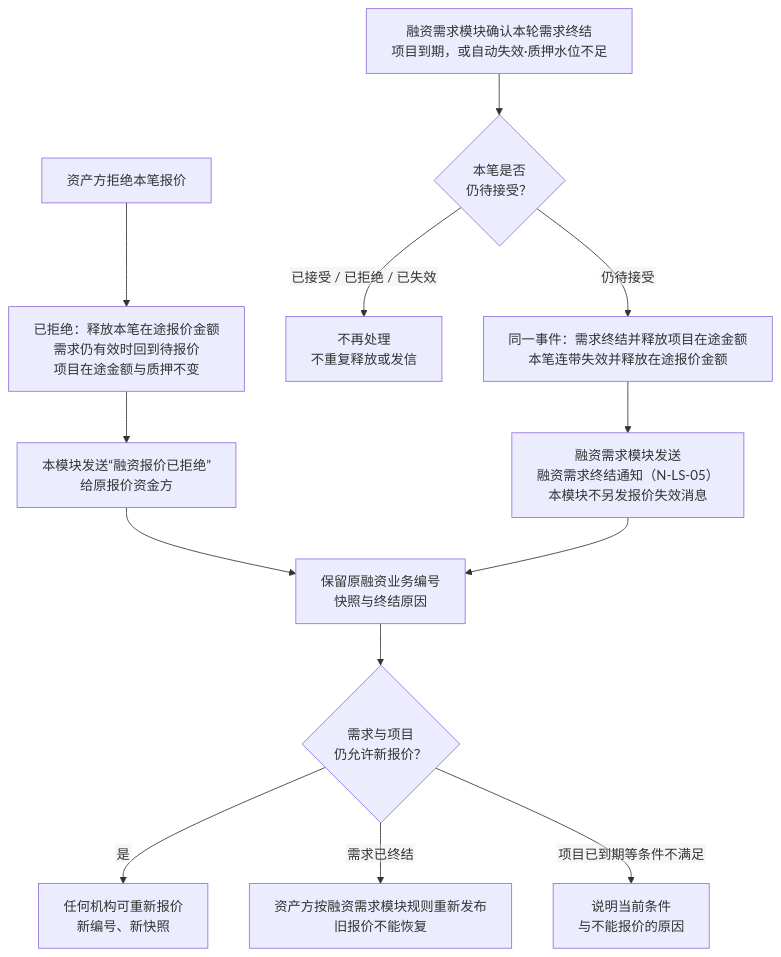
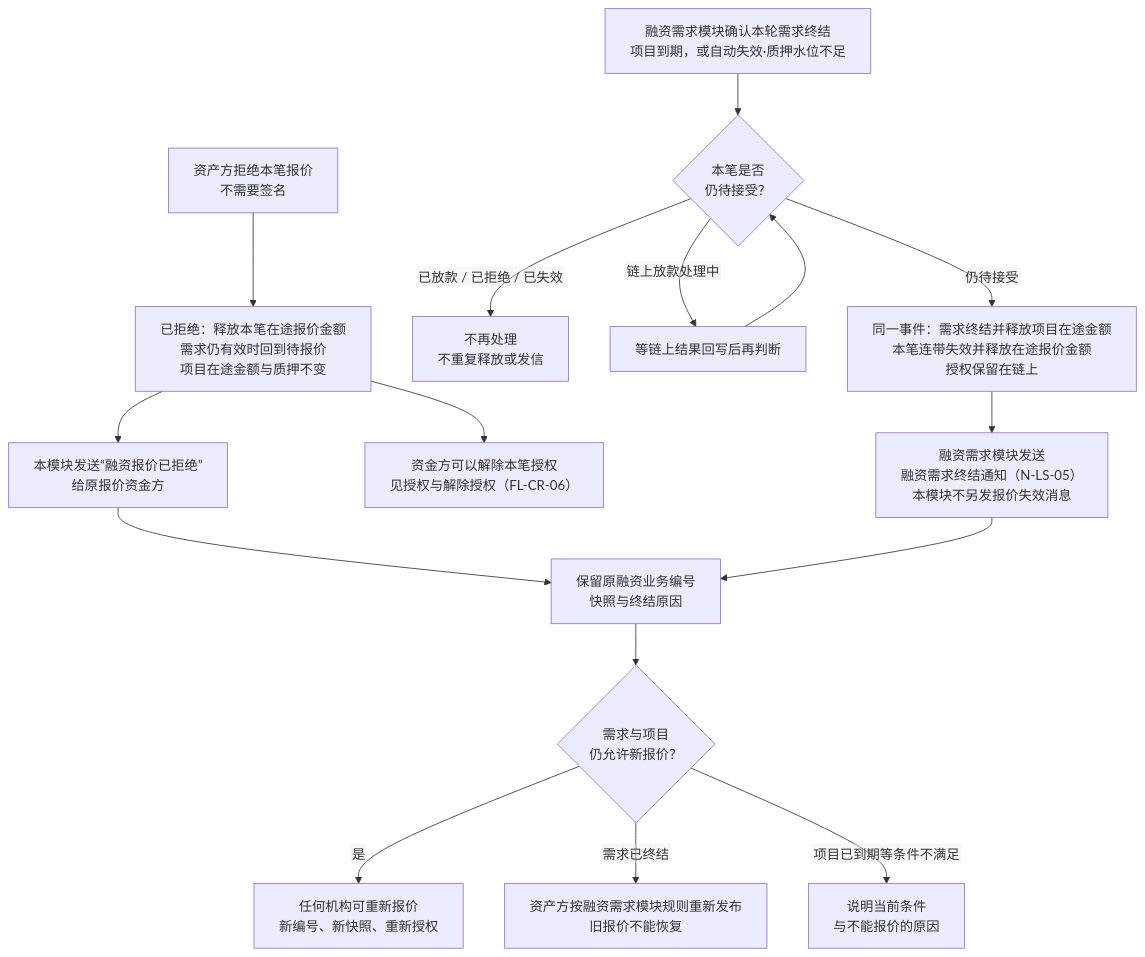
One commit to wxblockchain/Chain-Financing changed the third of 10 diagrams in lending-platform/PRD/面客端/06-借贷广场-授信报价与接受拒绝/02-授信报价与接受拒绝-流程图与状态机.md. Above: the diagram before and after it, drawn with Mermaid. The commit also changed other lines of this file and 5 other files, not shown here.

````diff
--- a/lending-platform/PRD/面客端/06-借贷广场-授信报价与接受拒绝/02-授信报价与接受拒绝-流程图与状态机.md
+++ b/lending-platform/PRD/面客端/06-借贷广场-授信报价与接受拒绝/02-授信报价与接受拒绝-流程图与状态机.md
@@ -76,16 +98,19 @@
 ```mermaid
 %%{init: {"flowchart": {"htmlLabels": false, "wrappingWidth": 400}}}%%
 flowchart TD
-  A["资产方拒绝本笔报价"] --> A1["已拒绝：释放本笔在途报价金额<br/>需求仍有效时回到待报价<br/>项目在途金额与质押不变"]
+  A["资产方拒绝本笔报价<br/>不需要签名"] --> A1["已拒绝：释放本笔在途报价金额<br/>需求仍有效时回到待报价<br/>项目在途金额与质押不变"]
   A1 --> A2["本模块发送“融资报价已拒绝”<br/>给原报价资金方"]
+  A1 --> A3["资金方可以解除本笔授权<br/>见授权与解除授权（FL-CR-06）"]
   B["融资需求模块确认本轮需求终结<br/>项目到期，或自动失效·质押水位不足"] --> C{"本笔是否<br/>仍待接受？"}
-  C -->|"已接受 / 已拒绝 / 已失效"| N["不再处理<br/>不重复释放或发信"]
-  C -->|"仍待接受"| F["同一事件：需求终结并释放项目在途金额<br/>本笔连带失效并释放在途报价金额"]
+  C -->|"已放款 / 已拒绝 / 已失效"| N["不再处理<br/>不重复释放或发信"]
+  C -->|"链上放款处理中"| C1["等链上结果回写后再判断"]
+  C1 --> C
+  C -->|"仍待接受"| F["同一事件：需求终结并释放项目在途金额<br/>本笔连带失效并释放在途报价金额<br/>授权保留在链上"]
   F --> F1["融资需求模块发送<br/>融资需求终结通知（N-LS-05）<br/>本模块不另发报价失效消息"]
   A2 --> G["保留原融资业务编号<br/>快照与终结原因"]
   F1 --> G
   G --> H{"需求与项目<br/>仍允许新报价？"}
-  H -->|"是"| I["任何机构可重新报价<br/>新编号、新快照"]
+  H -->|"是"| I["任何机构可重新报价<br/>新编号、新快照、重新授权"]
   H -->|"需求已终结"| J["资产方按融资需求模块规则重新发布<br/>旧报价不能恢复"]
   H -->|"项目已到期等条件不满足"| K["说明当前条件<br/>与不能报价的原因"]
 ```
````
